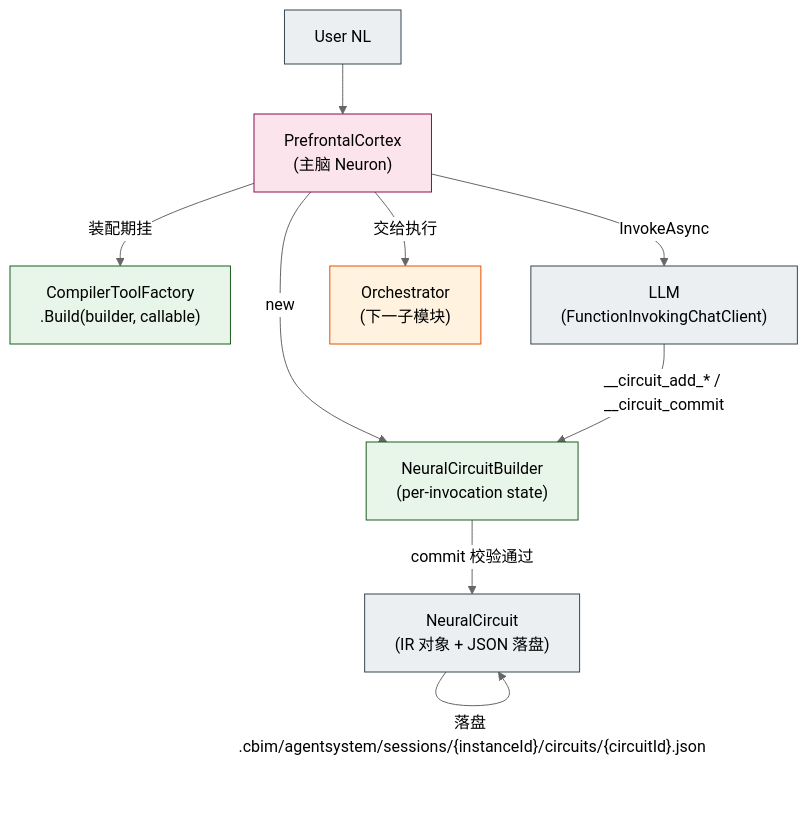
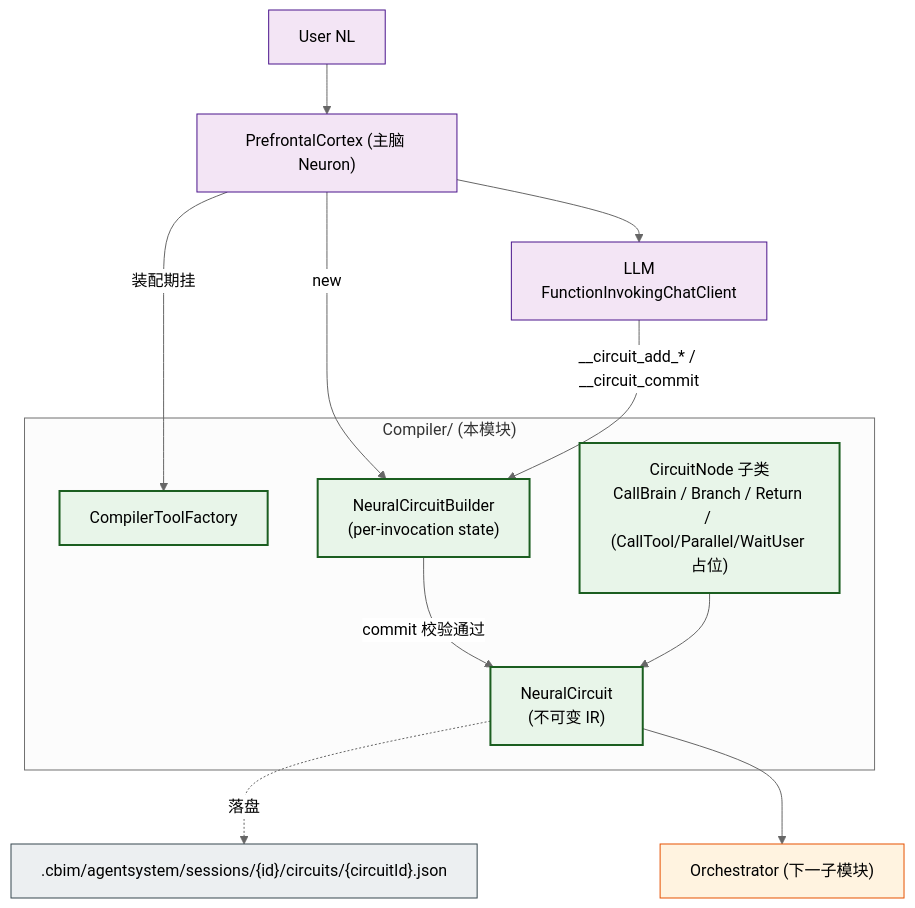
The first of 3 diagrams in v2/cbim/Assets/CBIM/Agent/Kernel/Synapse/Compiler/.dna/module.md (nan023062/agent-team-cc), drawn with Mermaid (neutral theme) before and after one commit. The commit also changed other lines of this file and 14 other files, not shown here.

First line of the commit message:
docs(v2): diagrams-first rewrite for all 15 module .dna files

````diff
--- a/v2/cbim/Assets/CBIM/Agent/Kernel/Synapse/Compiler/.dna/module.md
+++ b/v2/cbim/Assets/CBIM/Agent/Kernel/Synapse/Compiler/.dna/module.md
@@ -184,29 +19,36 @@
 ```mermaid
 flowchart TD
-    classDef brain  fill:#fce4ec,stroke:#880e4f,color:#000;
-    classDef compile fill:#e8f5e9,stroke:#1b5e20,color:#000;
-    classDef orch   fill:#fff3e0,stroke:#e65100,color:#000;
-    classDef external fill:#eceff1,stroke:#37474f,color:#000;
+    classDef brain fill:#f3e5f5,stroke:#4a148c,color:#000;
+    classDef cmp   fill:#e8f5e9,stroke:#1b5e20,stroke-width:2px,color:#000;
+    classDef orc   fill:#fff3e0,stroke:#e65100,color:#000;
+    classDef ext   fill:#eceff1,stroke:#37474f,color:#000;
 
     USR["User NL"]
-    PFC["PrefrontalCortex\n(主脑 Neuron)"]
-    CTF["CompilerToolFactory\n.Build(builder, callable)"]
-    BLD["NeuralCircuitBuilder\n(per-invocation state)"]
-    LLM["LLM\n(FunctionInvokingChatClient)"]
-    IR["NeuralCircuit\n(IR 对象 + JSON 落盘)"]
-    ORC["Orchestrator\n(下一子模块)"]
+    PFC["PrefrontalCortex (主脑 Neuron)"]
+    LLM["LLM\nFunctionInvokingChatClient"]
+
+    subgraph CMP ["Compiler/ (本模块)"]
+        CTF["CompilerToolFactory"]
+        BLD["NeuralCircuitBuilder\n(per-invocation state)"]
+        IR["NeuralCircuit\n(不可变 IR)"]
+        NODES["CircuitNode 子类\nCallBrain / Branch / Return / (CallTool/Parallel/WaitUser 占位)"]
+    end
+
+    ORC["Orchestrator (下一子模块)"]
+    JSON[".cbim/agentsystem/sessions/{id}/circuits/{circuitId}.json"]
 
     USR --> PFC
     PFC -- 装配期挂 --> CTF
     PFC -- new --> BLD
-    PFC -- InvokeAsync --> LLM
+    PFC --> LLM
     LLM -- __circuit_add_* / __circuit_commit --> BLD
     BLD -- commit 校验通过 --> IR
-    IR -- 落盘 .cbim/agentsystem/sessions/{instanceId}/circuits/{circuitId}.json --> IR
-    PFC -- 交给执行 --> ORC
+    IR -. 落盘 .-> JSON
+    IR --> ORC
+    NODES --> IR
 
-    class PFC brain;
-    class CTF,BLD compile;
-    class ORC orch;
-    class USR,LLM,IR external;
+    class USR,PFC,LLM brain;
+    class CTF,BLD,IR,NODES cmp;
+    class ORC orc;
+    class JSON ext;
 ```
````
